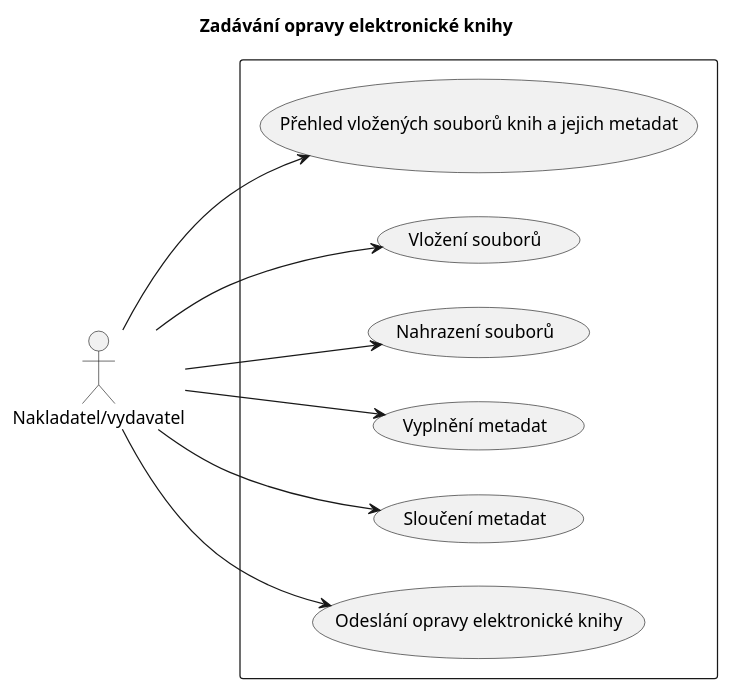
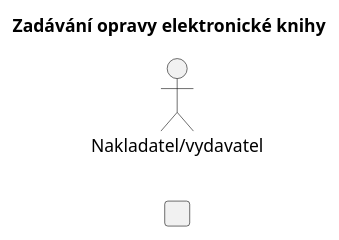
The diagram in docs/uc06.plantuml (edeposit/edeposit.policy), drawn with PlantUML before and after one commit. The commit also changed 29 other files, not shown here.

```diff
--- a/docs/uc06.plantuml
+++ b/docs/uc06.plantuml
@@ -1,16 +1,10 @@
 @startuml
 left to right direction
 title Zadávání opravy elektronické knihy
 skinparam packageStyle rect
 
 actor :Nakladatel/vydavatel:
 
 rectangle  {
-	   :Nakladatel/vydavatel: --> (Přehled vložených souborů knih a jejich metadat)	
-	   :Nakladatel/vydavatel: --> (Vložení souborů)
-	   :Nakladatel/vydavatel: --> (Nahrazení souborů)
-	   :Nakladatel/vydavatel: --> (Vyplnění metadat)
-	   :Nakladatel/vydavatel: --> (Sloučení metadat)
-	   :Nakladatel/vydavatel: --> (Odeslání opravy elektronické knihy)
 }
 @enduml
```
